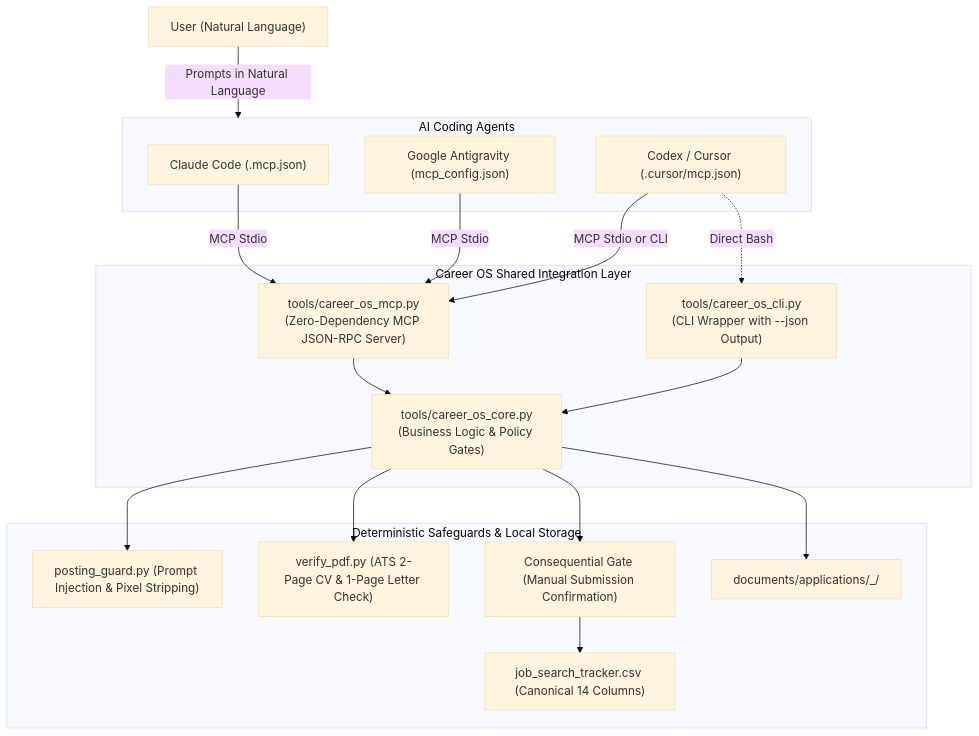
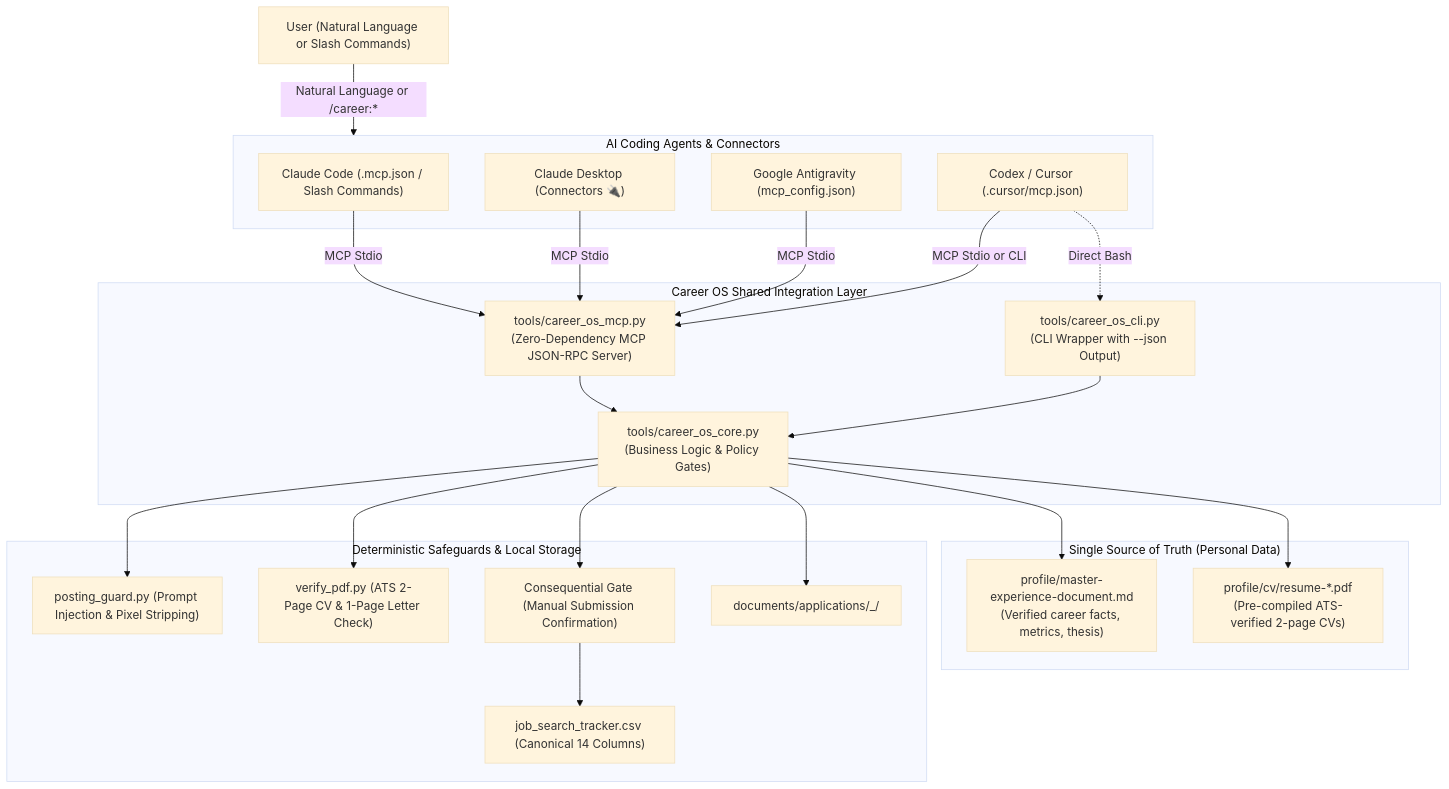
The diagram in README.md (0merUfuk/agentic-career-os), drawn with Mermaid (base theme) before and after one commit. The commit also changed other lines of this file and 9 other files, not shown here.

Commit message:
feat: add 60s onboarding wizard (init.py), Claude Code plugin, and slash commands

````diff
--- a/README.md
+++ b/README.md
@@ -15,40 +15,49 @@
 ```mermaid
 flowchart TD
-    User["User (Natural Language)"]
+    User["User (Natural Language or Slash Commands)"]
     
-    subgraph Agents["AI Coding Agents"]
-        Claude["Claude Code (.mcp.json)"]
+    subgraph Agents["AI Coding Agents & Connectors"]
+        ClaudeCode["Claude Code (.mcp.json / Slash Commands)"]
+        ClaudeDesktop["Claude Desktop (Connectors 🔌)"]
         Antigravity["Google Antigravity (mcp_config.json)"]
         Codex["Codex / Cursor (.cursor/mcp.json)"]
     end
     
-    User -->|Prompts in Natural Language| Agents
+    User -->|Natural Language or /career:*| Agents
     
     subgraph CareerOS["Career OS Shared Integration Layer"]
         MCPServer["tools/career_os_mcp.py\n(Zero-Dependency MCP JSON-RPC Server)"]
         CLIWrapper["tools/career_os_cli.py\n(CLI Wrapper with --json Output)"]
         CoreEngine["tools/career_os_core.py\n(Business Logic & Policy Gates)"]
     end
     
-    Claude -->|MCP Stdio| MCPServer
+    ClaudeCode -->|MCP Stdio| MCPServer
+    ClaudeDesktop -->|MCP Stdio| MCPServer
     Antigravity -->|MCP Stdio| MCPServer
     Codex -->|MCP Stdio or CLI| MCPServer
     Codex -.->|Direct Bash| CLIWrapper
     
     MCPServer --> CoreEngine
     CLIWrapper --> CoreEngine
     
+    subgraph SingleSource["Single Source of Truth (Personal Data)"]
+        MasterDoc["profile/master-experience-document.md\n(Verified career facts, metrics, thesis)"]
+        CVStore["profile/cv/resume-*.pdf\n(Pre-compiled ATS-verified 2-page CVs)"]
+    end
+
     subgraph Safeguards["Deterministic Safeguards & Local Storage"]
         Guard["posting_guard.py (Prompt Injection & Pixel Stripping)"]
         PDFVerify["verify_pdf.py (ATS 2-Page CV & 1-Page Letter Check)"]
         SubmissionGate["Consequential Gate (Manual Submission Confirmation)"]
         Tracker["job_search_tracker.csv (Canonical 14 Columns)"]
         AppFolder["documents/applications/<company>_<role>/"]
     end
     
+    CoreEngine --> MasterDoc
+    CoreEngine --> CVStore
     CoreEngine --> Guard
     CoreEngine --> PDFVerify
     CoreEngine --> SubmissionGate
     SubmissionGate --> Tracker
     CoreEngine --> AppFolder
 ```
````
